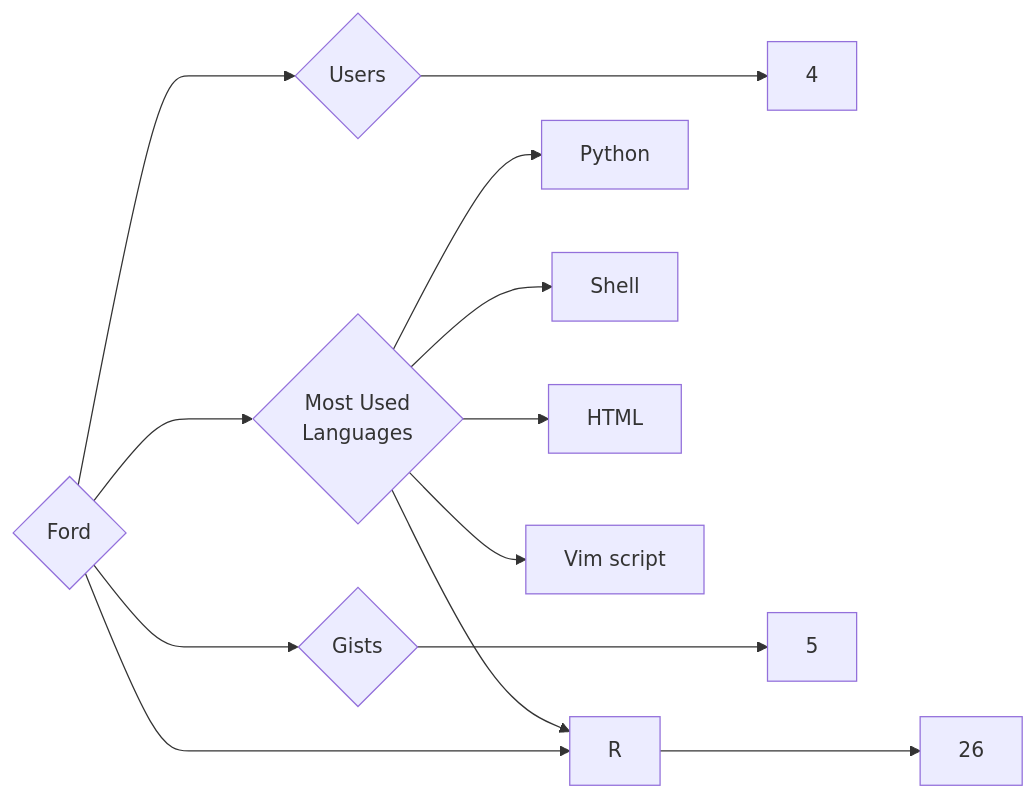
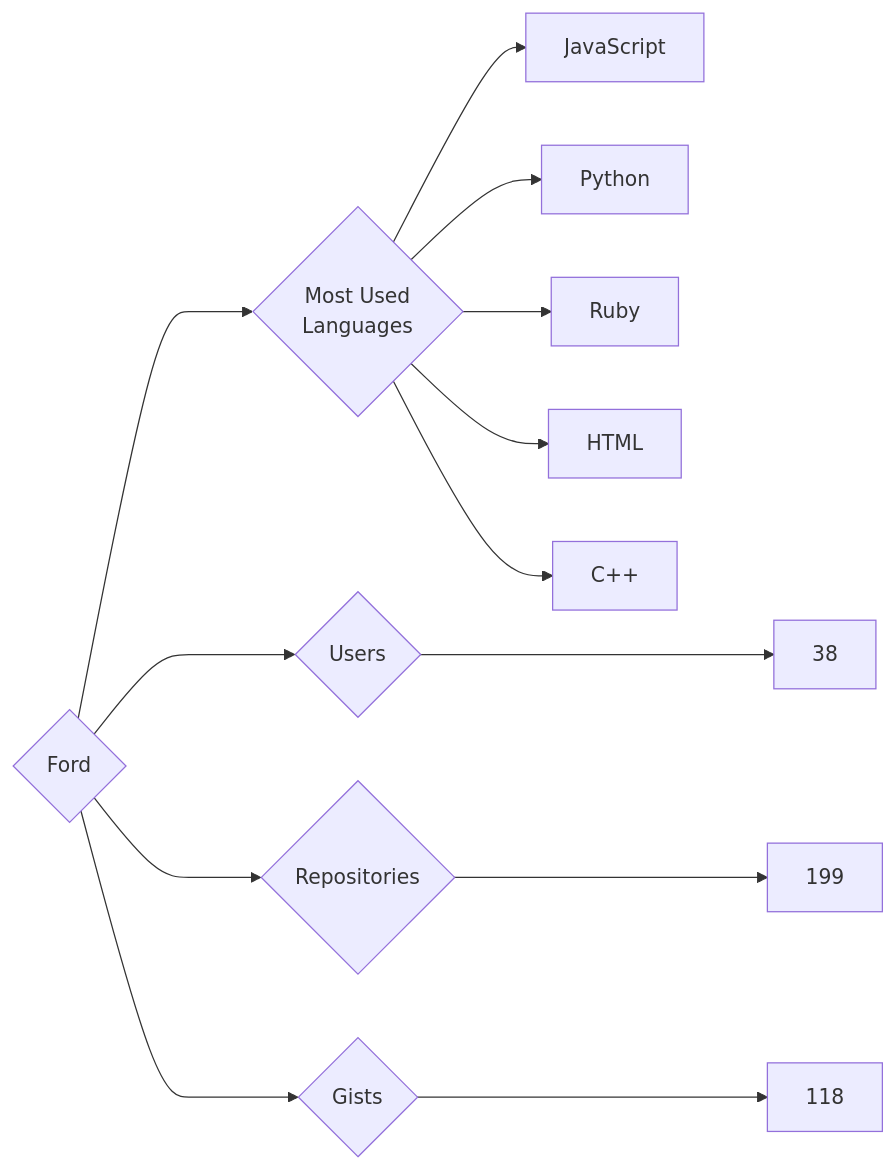
Before and after one commit to trickest/insiders: the diagram in targets/Ford/README.md, drawn with Mermaid. The commit also changed 823 other files, not shown here.

````diff
--- a/targets/Ford/README.md
+++ b/targets/Ford/README.md
@@ -3,13 +3,13 @@
 ```mermaid
 graph LR
 COMPANY_NAME{Ford}
-COMPANY_NAME ---> U{Users} ---> UN[4]
-COMPANY_NAME ---> R{Repositories} ---> RN[26]
-COMPANY_NAME ---> G{Gists} ---> GN[5]
+COMPANY_NAME ---> U{Users} ---> UN[38]
+COMPANY_NAME ---> R{Repositories} ---> RN[199]
+COMPANY_NAME ---> G{Gists} ---> GN[118]
 COMPANY_NAME ---> ML{Most Used<br>Languages}
+ML --> JavaScript[JavaScript]
 ML --> Python[Python]
-ML --> Shell[Shell]
-ML --> R[R]
+ML --> Ruby[Ruby]
 ML --> HTML[HTML]
-ML --> Vim_script[Vim script]
+ML --> C++[C++]
 ```
````
